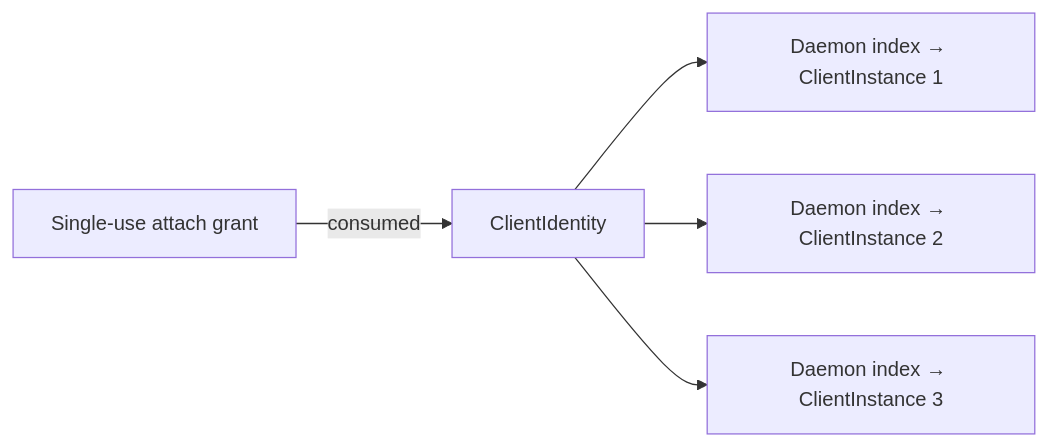
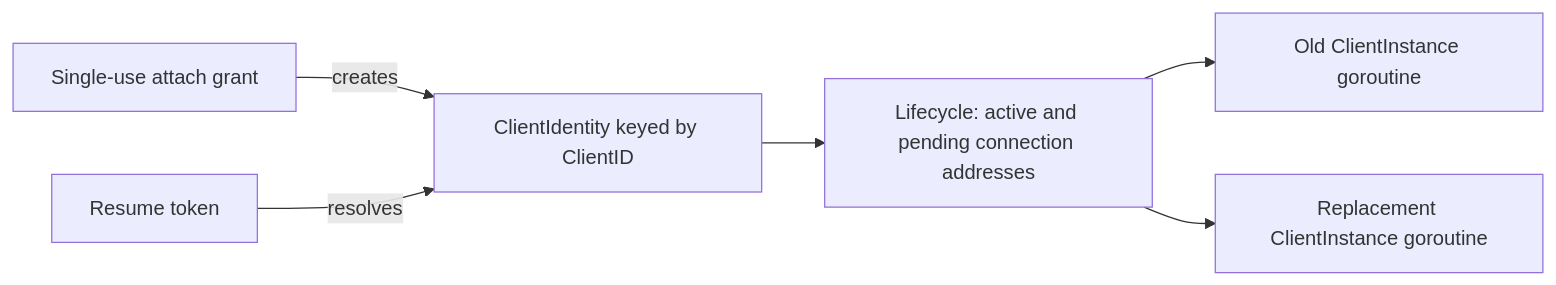
Before and after one commit to garindra/meja: the third of 9 diagrams in ARCHITECTURE.md, drawn with Mermaid. The commit also changed other lines of this file and 4 other files, not shown here.

First line of the commit message:
docs: update architecture, reference, and project documentation

````diff
--- a/ARCHITECTURE.md
+++ b/ARCHITECTURE.md
@@ -286,7 +269,8 @@
 ```mermaid
 flowchart LR
-    A["Single-use attach grant"] -->|"consumed"| R["ClientIdentity"]
-    R --> I1["Daemon index → ClientInstance 1"]
-    R --> I2["Daemon index → ClientInstance 2"]
-    R --> I3["Daemon index → ClientInstance 3"]
+    A["Single-use attach grant"] -->|"creates"| I["ClientIdentity keyed by ClientID"]
+    T["Resume token"] -->|"resolves"| I
+    I --> L["Lifecycle: active and pending connection addresses"]
+    L --> C1["Old ClientInstance goroutine"]
+    L --> C2["Replacement ClientInstance goroutine"]
 ```
````
